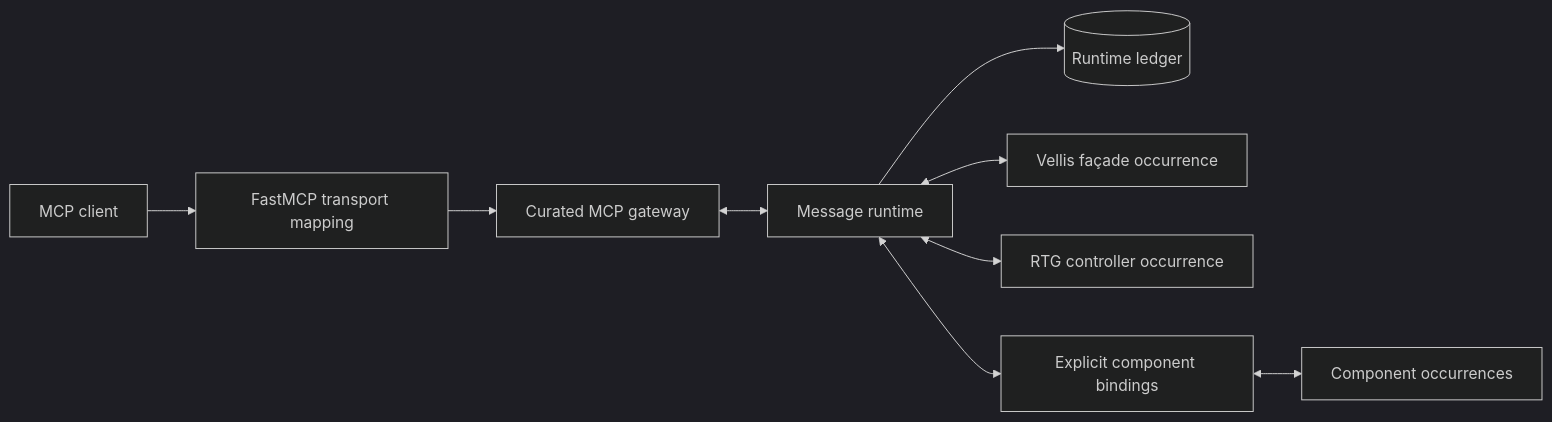
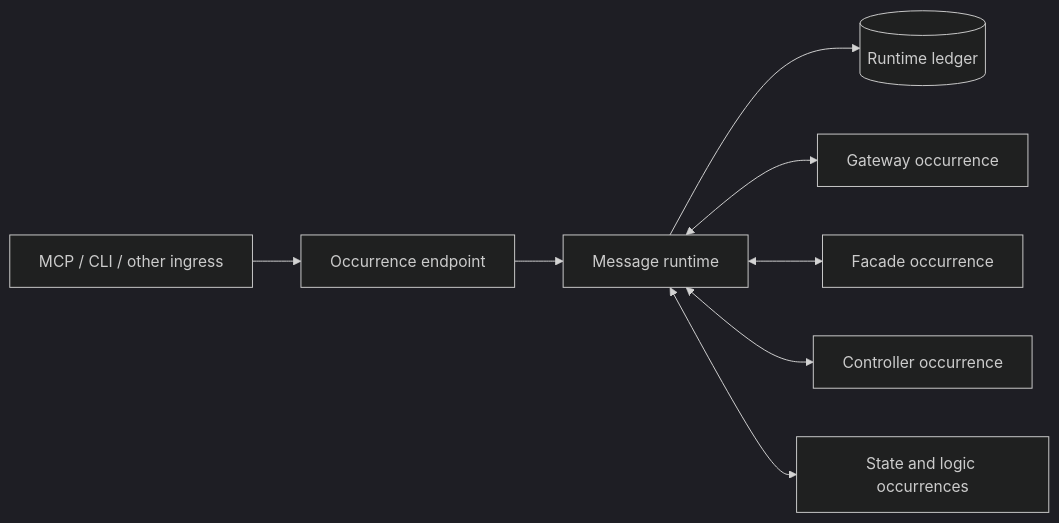
One commit to volantlabs/vellis changed the diagram in docs/design/component-runtime-architecture.md. Above: the diagram before and after it, drawn with Mermaid (dark theme). The commit also changed other lines of this file and 199 other files, not shown here.

Commit message:
Complete message-native runtime integration

````diff
--- a/docs/design/component-runtime-architecture.md
+++ b/docs/design/component-runtime-architecture.md
@@ -23,11 +35,10 @@
 ```mermaid
 flowchart LR
-    Client["MCP client"] --> Transport["FastMCP transport mapping"]
-    Transport --> Gateway["Curated MCP gateway"]
-    Gateway <--> Runtime["Message runtime"]
+    External["MCP / CLI / other ingress"] --> Endpoint["Occurrence endpoint"]
+    Endpoint --> Runtime["Message runtime"]
     Runtime --> Ledger[("Runtime ledger")]
-    Runtime <--> Facade["Vellis façade occurrence"]
-    Runtime <--> Controller["RTG controller occurrence"]
-    Runtime <--> Bindings["Explicit component bindings"]
-    Bindings <--> Components["Component occurrences"]
+    Runtime <--> Gateway["Gateway occurrence"]
+    Runtime <--> Facade["Facade occurrence"]
+    Runtime <--> Controller["Controller occurrence"]
+    Runtime <--> Leaves["State and logic occurrences"]
 ```
````
